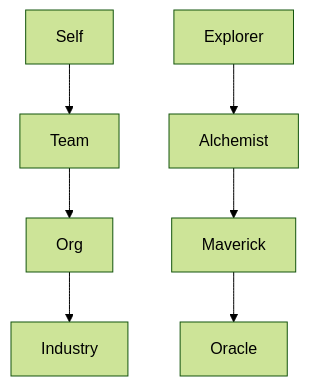
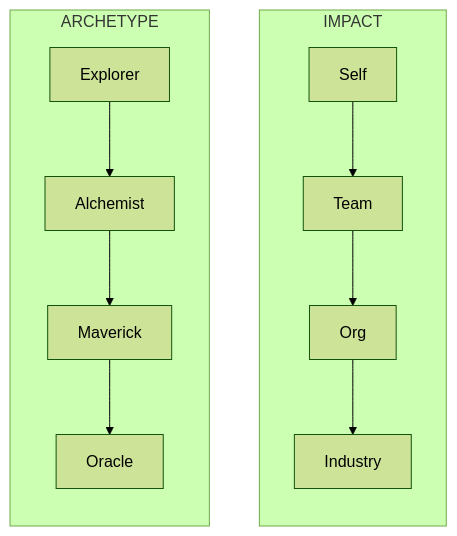
Before and after one commit to senthilkumarm1901/learn_by_blogging: the eighth of 10 diagrams in posts/path_to_architect/final_blog.qmd, drawn with Mermaid (forest theme). The commit also changed other lines of this file, not shown here.

````diff
--- a/posts/path_to_architect/final_blog.qmd
+++ b/posts/path_to_architect/final_blog.qmd
@@ -247,17 +248,23 @@
 ```{mermaid}
 flowchart TB
-
+    
     I1[Self]
     I2[Team]
     I3[Org]
     I4[Industry]
 
     A1[Explorer]
     A2[Alchemist]
     A3[Maverick]
     A4[Oracle]
 
-    I1 --> I2 --> I3 --> I4
+    subgraph IMP["IMPACT"]
+        direction TB
+        I1 --> I2 --> I3 --> I4
+    end
 
-    A1 --> A2 --> A3 --> A4
+    subgraph ARCH["ARCHETYPE"]
+        direction TB
+        A1 --> A2 --> A3 --> A4
+    end
 ```
````
